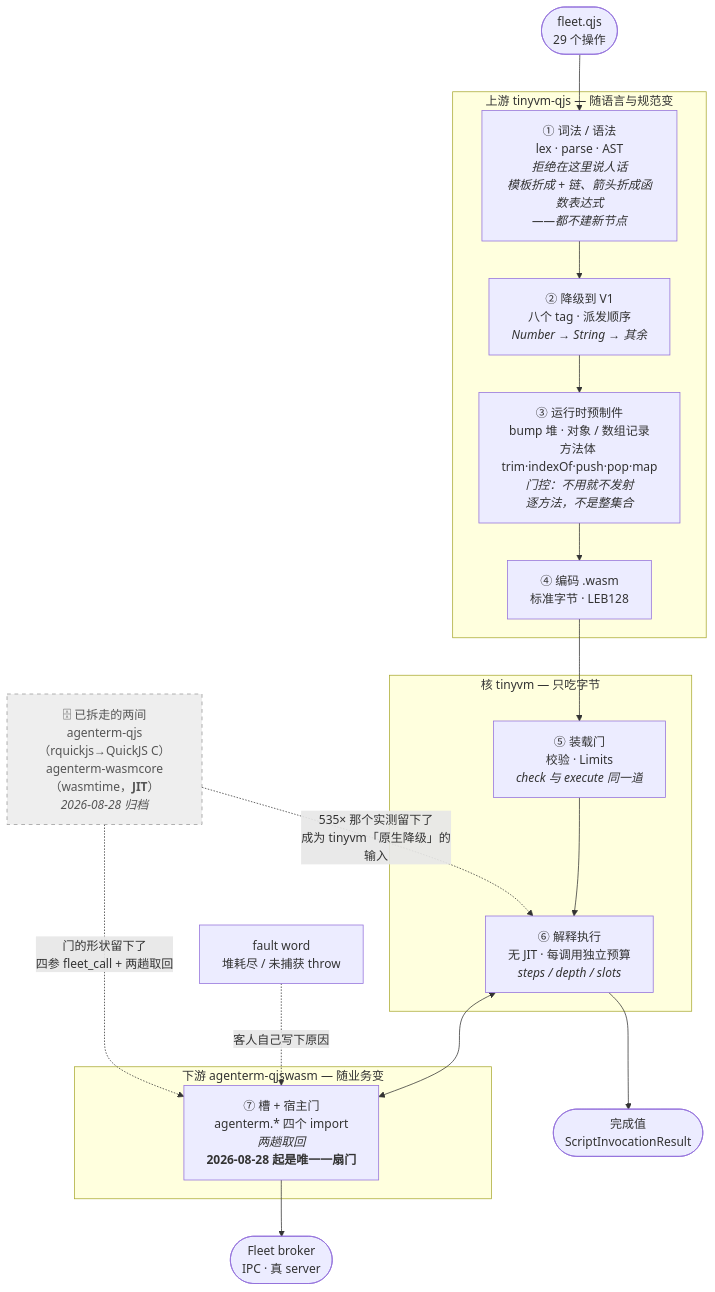
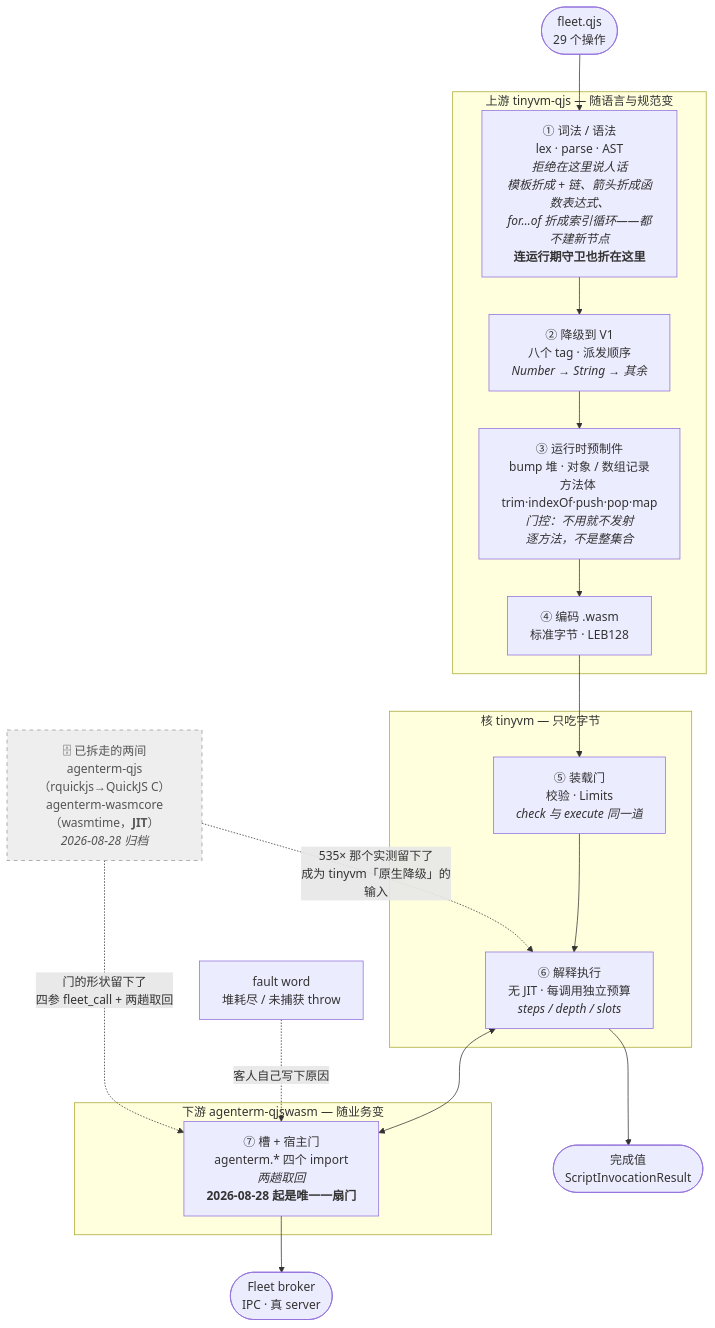
One commit to partnernetsoftware/agenterm changed the diagram in prd/PRD_02_36_agenterm_qjswasm.md. Above: the diagram before and after it, drawn with Mermaid. The commit also changed other lines of this file and 3 other files, not shown here.

````diff
--- a/prd/PRD_02_36_agenterm_qjswasm.md
+++ b/prd/PRD_02_36_agenterm_qjswasm.md
@@ -1022,33 +1022,33 @@
 ```mermaid
 flowchart TD
   subgraph UP["上游 tinyvm-qjs — 随语言与规范变"]
-    R1["① 词法 / 语法<br/>lex · parse · AST<br/><i>拒绝在这里说人话</i><br/><i>模板折成 + 链、箭头折成函数表达式</i><br/><i>——都不建新节点</i>"]
+    R1["① 词法 / 语法<br/>lex · parse · AST<br/><i>拒绝在这里说人话</i><br/><i>模板折成 + 链、箭头折成函数表达式、</i><br/><i>for…of 折成索引循环——都不建新节点</i><br/><b>连运行期守卫也折在这里</b>"]
     R2["② 降级到 V1<br/>八个 tag · 派发顺序<br/><i>Number → String → 其余</i>"]
     R3["③ 运行时预制件<br/>bump 堆 · 对象 / 数组记录<br/>方法体 trim·indexOf·push·pop·map<br/><i>门控：不用就不发射</i><br/><i>逐方法，不是整集合</i>"]
     R4["④ 编码 .wasm<br/>标准字节 · LEB128"]
     R1 --> R2 --> R3 --> R4
   end
 
   subgraph CORE["核 tinyvm — 只吃字节"]
     R5["⑤ 装载门<br/>校验 · Limits<br/><i>check 与 execute 同一道</i>"]
     R6["⑥ 解释执行<br/>无 JIT · 每调用独立预算<br/><i>steps / depth / slots</i>"]
     R5 --> R6
   end
 
   subgraph DOWN["下游 agenterm-qjswasm — 随业务变"]
     R7["⑦ 槽 + 宿主门<br/>agenterm.* 四个 import<br/><i>两趟取回</i><br/><b>2026-08-28 起是唯一一扇门</b>"]
   end
 
   SRC(["fleet.qjs<br/>29 个操作"]) --> R1
   R4 --> R5
   R6 <--> R7
   R7 --> BRK(["Fleet broker<br/>IPC · 真 server"])
   R6 --> OUT(["完成值<br/>ScriptInvocationResult"])
   FW["fault word<br/>堆耗尽 / 未捕获 throw"] -.->|"客人自己写下原因"| R7
 
   GONE["🗄 已拆走的两间<br/>agenterm-qjs（rquickjs→QuickJS C）<br/>agenterm-wasmcore（wasmtime，<b>JIT</b>）<br/><i>2026-08-28 归档</i>"]
   GONE -.->|"门的形状留下了<br/>四参 fleet_call + 两趟取回"| R7
   GONE -.->|"535× 那个实测留下了<br/>成为 tinyvm「原生降级」的输入"| R6
 
   style GONE fill:#eee,stroke:#999,stroke-dasharray: 5 5,color:#555
 ```
````
